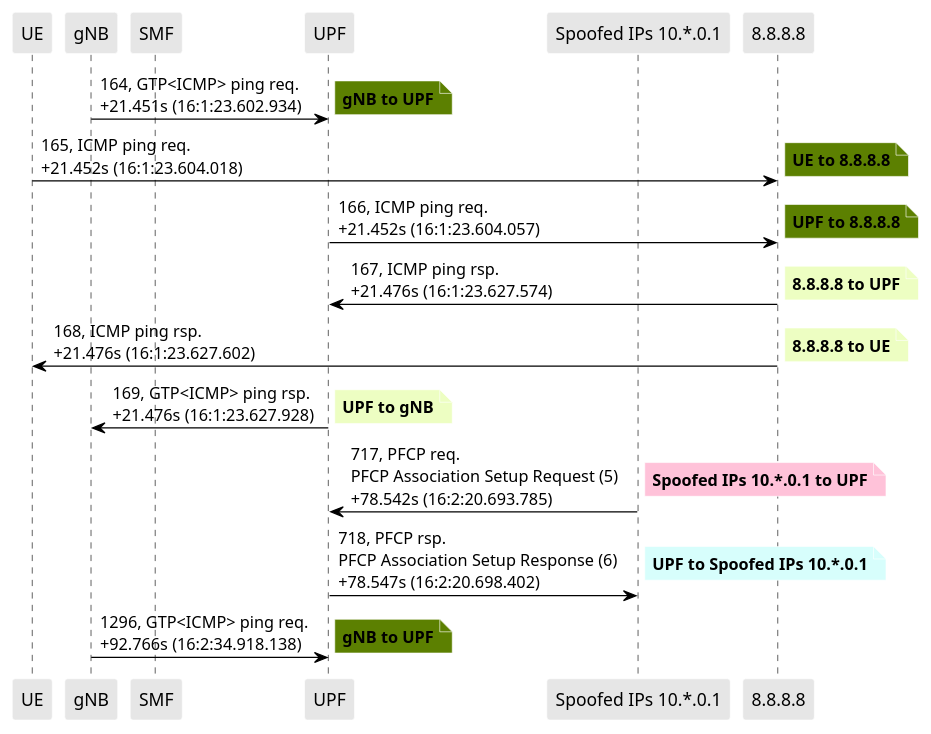
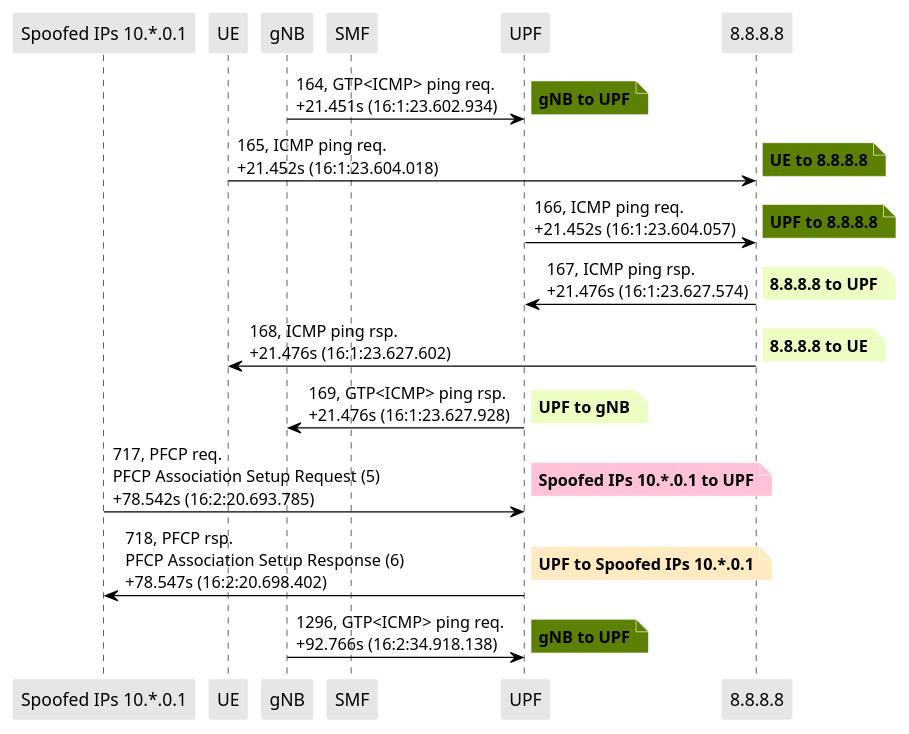
Before and after one commit to lilyhuegerich/5G: the diagram in PCAPS/Core/flood_attack_edited.puml, drawn with PlantUML. The commit also changed 1 other file, not shown here.

```diff
--- a/PCAPS/Core/flood_attack_edited.puml
+++ b/PCAPS/Core/flood_attack_edited.puml
@@ -1,71 +1,70 @@
 @startuml
 skinparam shadowing false
 skinparam NoteBorderColor white
 skinparam sequence {
     ArrowColor black
     LifeLineBorderColor black
     LifeLineBackgroundColor black
     ParticipantBorderColor white
     ParticipantBackgroundColor #e6e6e6
 }
+participant "Spoofed IPs 10.*.0.1"
 participant "UE"
 participant "gNB"
 participant "SMF"
 participant "UPF"
-participant "Spoofed IPs 10.*.0.1"
-
 
 "gNB" -> "UPF": 164, GTP<ICMP> ping req.\n+21.451s (16:1:23.602.934)
 
 note right #5C8001
 **gNB to UPF**
 end note
 
 "UE" -> "8.8.8.8": 165, ICMP ping req.\n+21.452s (16:1:23.604.018)
 
 note right #5C8001
 **UE to 8.8.8.8**
 end note
 
 "UPF" -> "8.8.8.8": 166, ICMP ping req.\n+21.452s (16:1:23.604.057)
 
 note right #5C8001
 **UPF to 8.8.8.8**
 end note
 
 "8.8.8.8" -> "UPF": 167, ICMP ping rsp.\n+21.476s (16:1:23.627.574)
 
 note right #EDFEC2
 **8.8.8.8 to UPF**
 end note
 
 "8.8.8.8" -> "UE": 168, ICMP ping rsp.\n+21.476s (16:1:23.627.602)
 
 note right #EDFEC2
 **8.8.8.8 to UE**
 end note
 
 "UPF" -> "gNB": 169, GTP<ICMP> ping rsp.\n+21.476s (16:1:23.627.928)
 
 note right #EDFEC2
 **UPF to gNB**
 end note
 "Spoofed IPs 10.*.0.1" -> "UPF": 717, PFCP req.\nPFCP Association Setup Request (5)\n+78.542s (16:2:20.693.785)
 
 note right #FFC2D9
 **Spoofed IPs 10.*.0.1 to UPF**
 end note
 
 "UPF" -> "Spoofed IPs 10.*.0.1": 718, PFCP rsp.\nPFCP Association Setup Response (6)\n+78.547s (16:2:20.698.402)
 
-note right #D7FEFC
+note right #FFEAC2
 **UPF to Spoofed IPs 10.*.0.1**
 end note
 
 "gNB" -> "UPF": 1296, GTP<ICMP> ping req.\n+92.766s (16:2:34.918.138)
 
 note right #5C8001
 **gNB to UPF**
 end note
 
 @enduml
```
